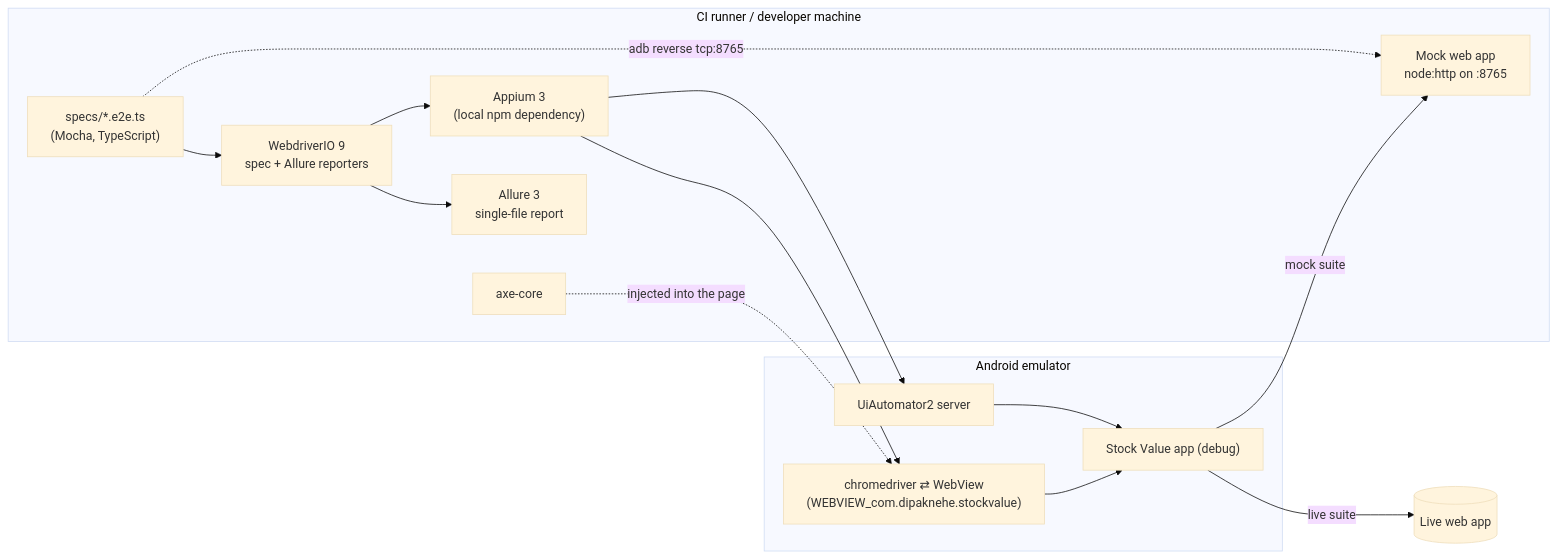
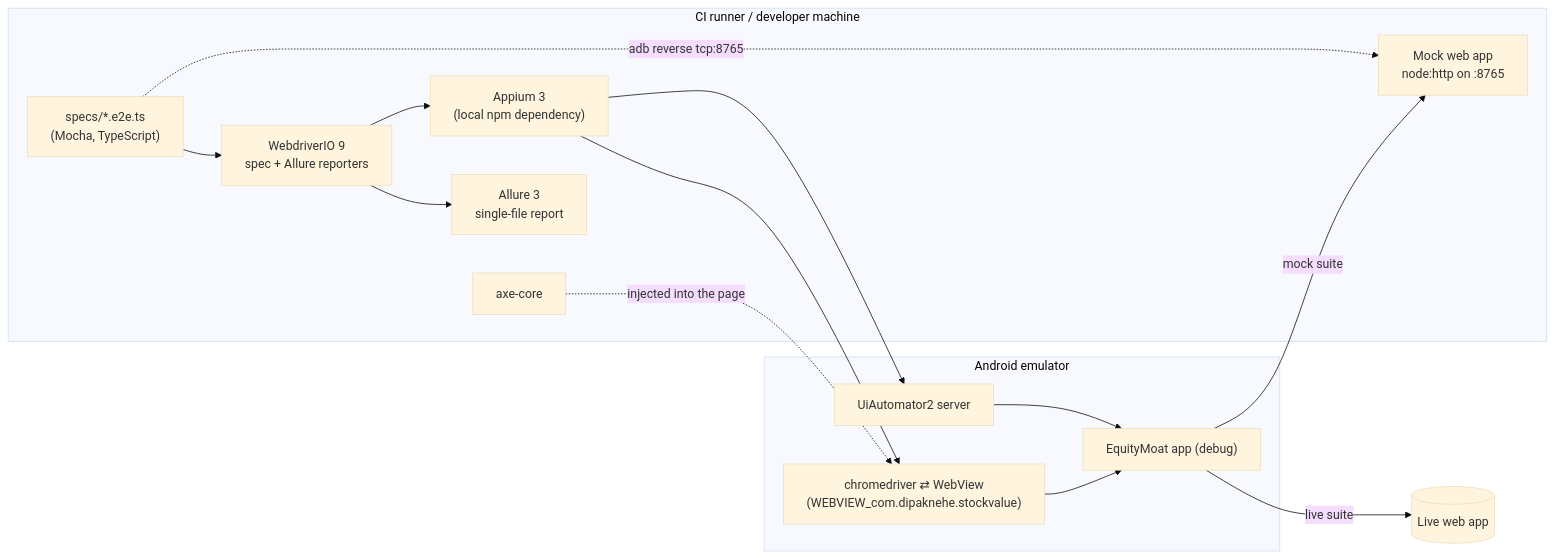
One commit to dipak-nehe/stock-value-mobile changed the sixth of 7 diagrams in android/docs/architecture.md. Above: the diagram before and after it, drawn with Mermaid (base theme). The commit also changed other lines of this file and 7 other files, not shown here.

First line of the commit message:
Name the apps EquityMoat

````diff
--- a/android/docs/architecture.md
+++ b/android/docs/architecture.md
@@ -225,26 +225,26 @@
 ```mermaid
 flowchart LR
     subgraph host["CI runner / developer machine"]
         specs["specs/*.e2e.ts<br/>(Mocha, TypeScript)"]
         wdio["WebdriverIO 9<br/>spec + Allure reporters"]
         appium["Appium 3<br/>(local npm dependency)"]
         mock["Mock web app<br/>node:http on :8765"]
         axe["axe-core"]
         allure["Allure 3<br/>single-file report"]
     end
     subgraph device["Android emulator"]
         u2["UiAutomator2 server"]
         cd["chromedriver ⇄ WebView<br/>(WEBVIEW_com.dipaknehe.stockvalue)"]
-        theapp["Stock Value app (debug)"]
+        theapp["EquityMoat app (debug)"]
     end
     live[("Live web app")]
 
     specs --> wdio --> appium
     appium --> u2 --> theapp
     appium --> cd --> theapp
     specs -. "adb reverse tcp:8765" .-> mock
     theapp -- "mock suite" --> mock
     theapp -- "live suite" --> live
     axe -. "injected into the page" .-> cd
     wdio --> allure
 ```
````
